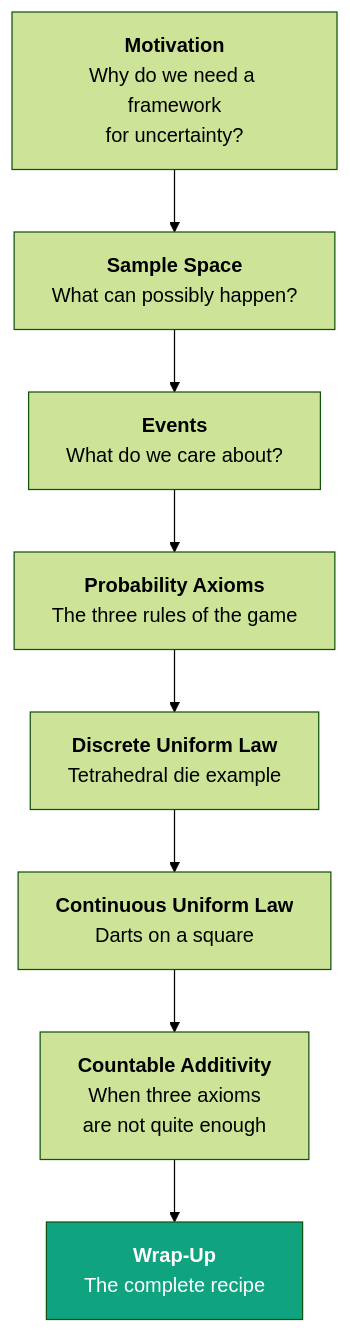
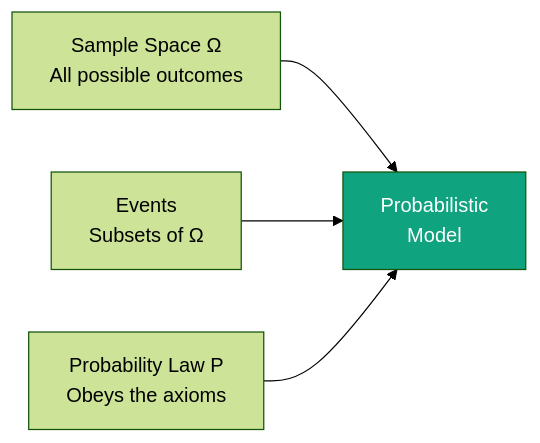
Before and after one commit to SushrutGaikwad/SushrutGaikwad.github.io: the third of 3 diagrams in blog/published/probability-models-and-axioms/index.qmd, drawn with Mermaid (forest theme). The commit also changed other lines of this file and 8 other files, not shown here.

Commit message:
Update probability models and axioms blog post

````diff
--- a/blog/published/probability-models-and-axioms/index.qmd
+++ b/blog/published/probability-models-and-axioms/index.qmd
@@ -835,16 +539,9 @@
 ```{mermaid}
 %%| fig-align: center
-flowchart TD
-    A["<b>Motivation</b><br/>Why do we need a framework<br/>for uncertainty?"]
-    B["<b>Sample Space</b><br/>What can possibly happen?"]
-    C["<b>Events</b><br/>What do we care about?"]
-    D["<b>Probability Axioms</b><br/>The three rules of the game"]
-    E["<b>Discrete Uniform Law</b><br/>Tetrahedral die example"]
-    F["<b>Continuous Uniform Law</b><br/>Darts on a square"]
-    G["<b>Countable Additivity</b><br/>When three axioms<br/>are not quite enough"]
-    H["<b>Wrap-Up</b><br/>The complete recipe"]
+flowchart LR
+    A["Sample Space Ω<br/>All possible outcomes"] --> D["Probabilistic<br/>Model"]
+    B["Events<br/>Subsets of Ω"] --> D
+    C["Probability Law P<br/>Obeys the axioms"] --> D
 
-    A --> B --> C --> D --> E --> F --> G --> H
-
-    style H fill:#10a37f,color:#fff
+    style D fill:#10a37f,color:#fff
 ```
````
